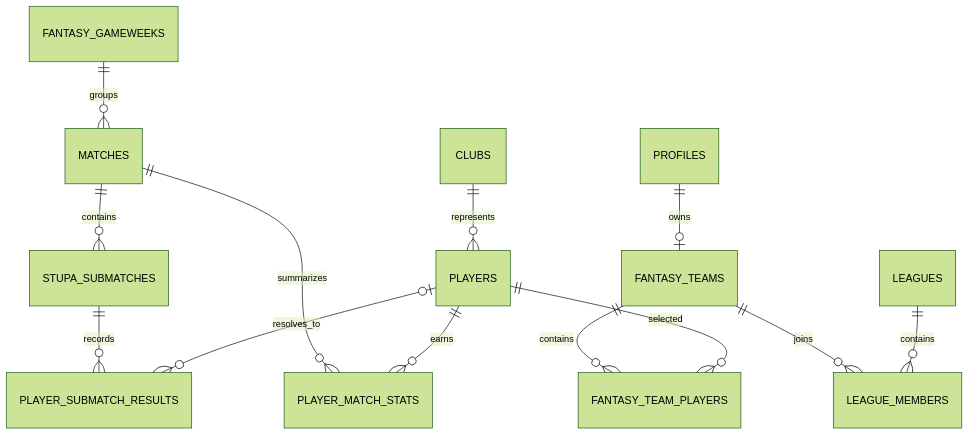
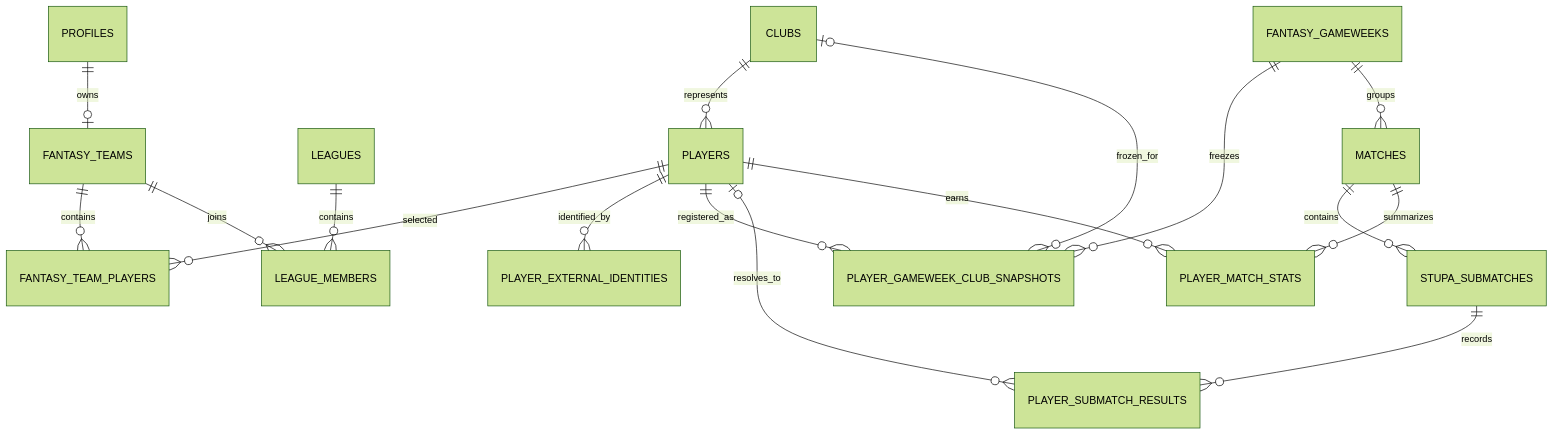
Before and after one commit to BE4M3R/fantasy-pingisligan: the diagram in docs/database.md, drawn with Mermaid (forest theme). The commit also changed other lines of this file and 17 other files, not shown here.

Commit message:
Supabase updates to handle when players disapear from list for players when loading new ranking. And handling on if a player switch club.

````diff
--- a/docs/database.md
+++ b/docs/database.md
@@ -6,15 +6,19 @@
 ```mermaid
 erDiagram
     PROFILES ||--o| FANTASY_TEAMS : owns
     FANTASY_TEAMS ||--o{ FANTASY_TEAM_PLAYERS : contains
     FANTASY_TEAMS ||--o{ LEAGUE_MEMBERS : joins
     LEAGUES ||--o{ LEAGUE_MEMBERS : contains
     PLAYERS ||--o{ FANTASY_TEAM_PLAYERS : selected
+    PLAYERS ||--o{ PLAYER_EXTERNAL_IDENTITIES : identified_by
+    PLAYERS ||--o{ PLAYER_GAMEWEEK_CLUB_SNAPSHOTS : registered_as
     CLUBS ||--o{ PLAYERS : represents
+    CLUBS o|--o{ PLAYER_GAMEWEEK_CLUB_SNAPSHOTS : frozen_for
+    FANTASY_GAMEWEEKS ||--o{ PLAYER_GAMEWEEK_CLUB_SNAPSHOTS : freezes
     FANTASY_GAMEWEEKS ||--o{ MATCHES : groups
     MATCHES ||--o{ STUPA_SUBMATCHES : contains
     STUPA_SUBMATCHES ||--o{ PLAYER_SUBMATCH_RESULTS : records
     PLAYERS o|--o{ PLAYER_SUBMATCH_RESULTS : resolves_to
     MATCHES ||--o{ PLAYER_MATCH_STATS : summarizes
     PLAYERS ||--o{ PLAYER_MATCH_STATS : earns
 ```
````
